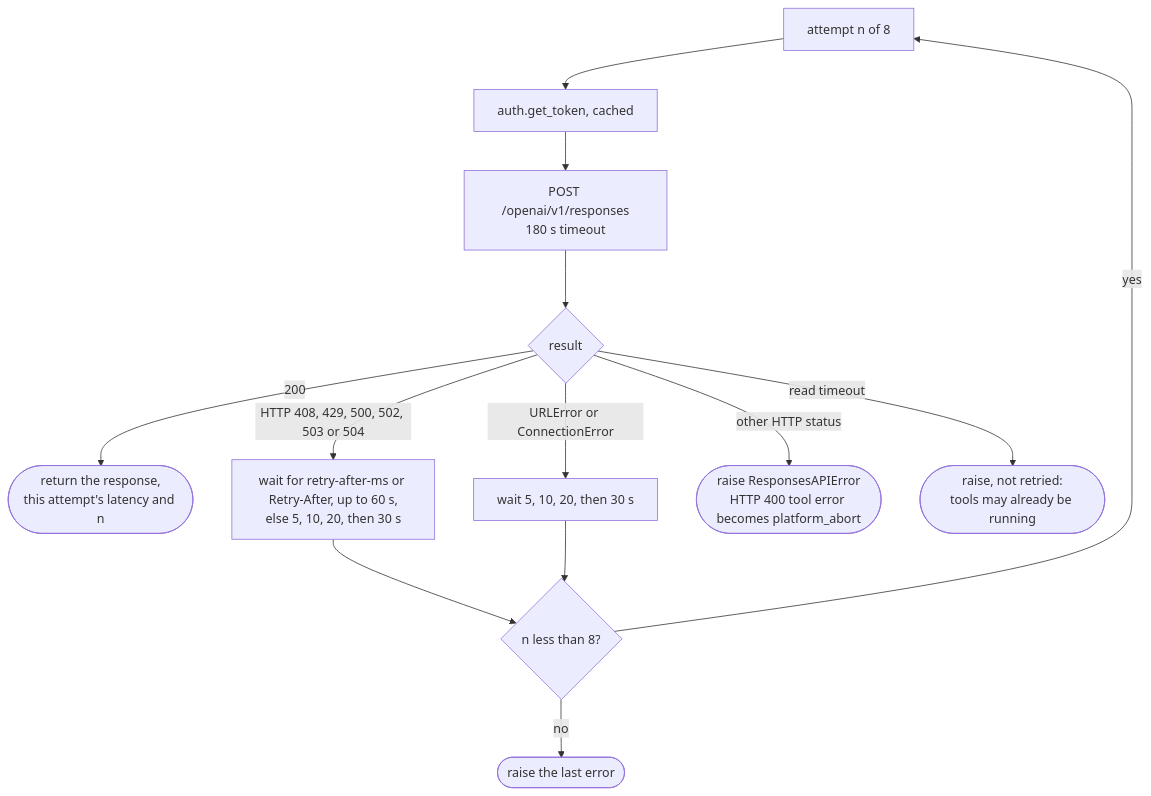
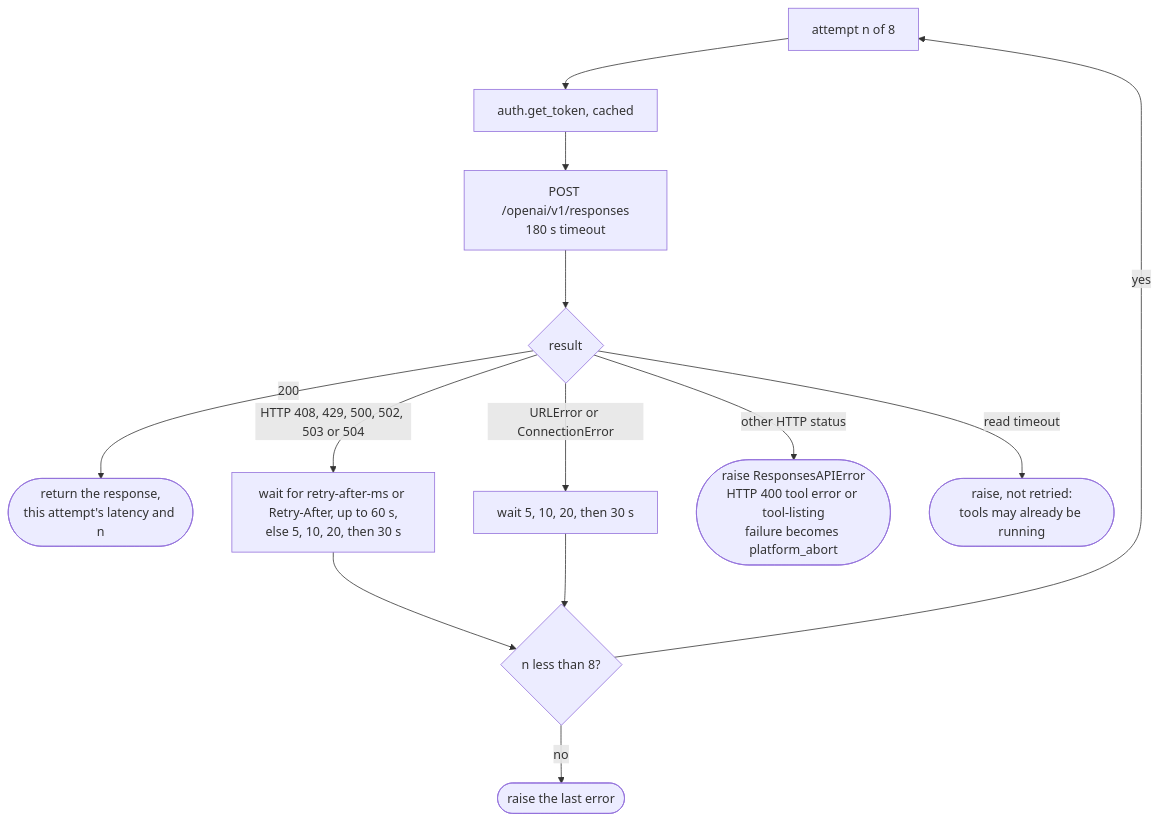
One commit to bradrlaw/foundryToolboxEval changed the tenth of 17 diagrams in docs/architecture.md. Above: the diagram before and after it, drawn with Mermaid. The commit also changed other lines of this file and 36 other files, not shown here.

````diff
--- a/docs/architecture.md
+++ b/docs/architecture.md
@@ -401,14 +438,14 @@
 ```mermaid
 flowchart TD
     a["attempt n of 8"] --> tok["auth.get_token, cached"] --> post["POST /openai/v1/responses<br/>180 s timeout"]
     post --> r{"result"}
     r -->|"200"| ok(["return the response,<br/>this attempt's latency and n"])
     r -->|"HTTP 408, 429, 500, 502, 503 or 504"| hint["wait for retry-after-ms or Retry-After, up to 60 s,<br/>else 5, 10, 20, then 30 s"]
     r -->|"URLError or ConnectionError"| back["wait 5, 10, 20, then 30 s"]
-    r -->|"other HTTP status"| err(["raise ResponsesAPIError<br/>HTTP 400 tool error becomes platform_abort"])
+    r -->|"other HTTP status"| err(["raise ResponsesAPIError<br/>HTTP 400 tool error or tool-listing<br/>failure becomes platform_abort"])
     r -->|"read timeout"| tmo(["raise, not retried:<br/>tools may already be running"])
     hint --> more{"n less than 8?"}
     back --> more
     more -->|"yes"| a
     more -->|"no"| last(["raise the last error"])
 ```
````
